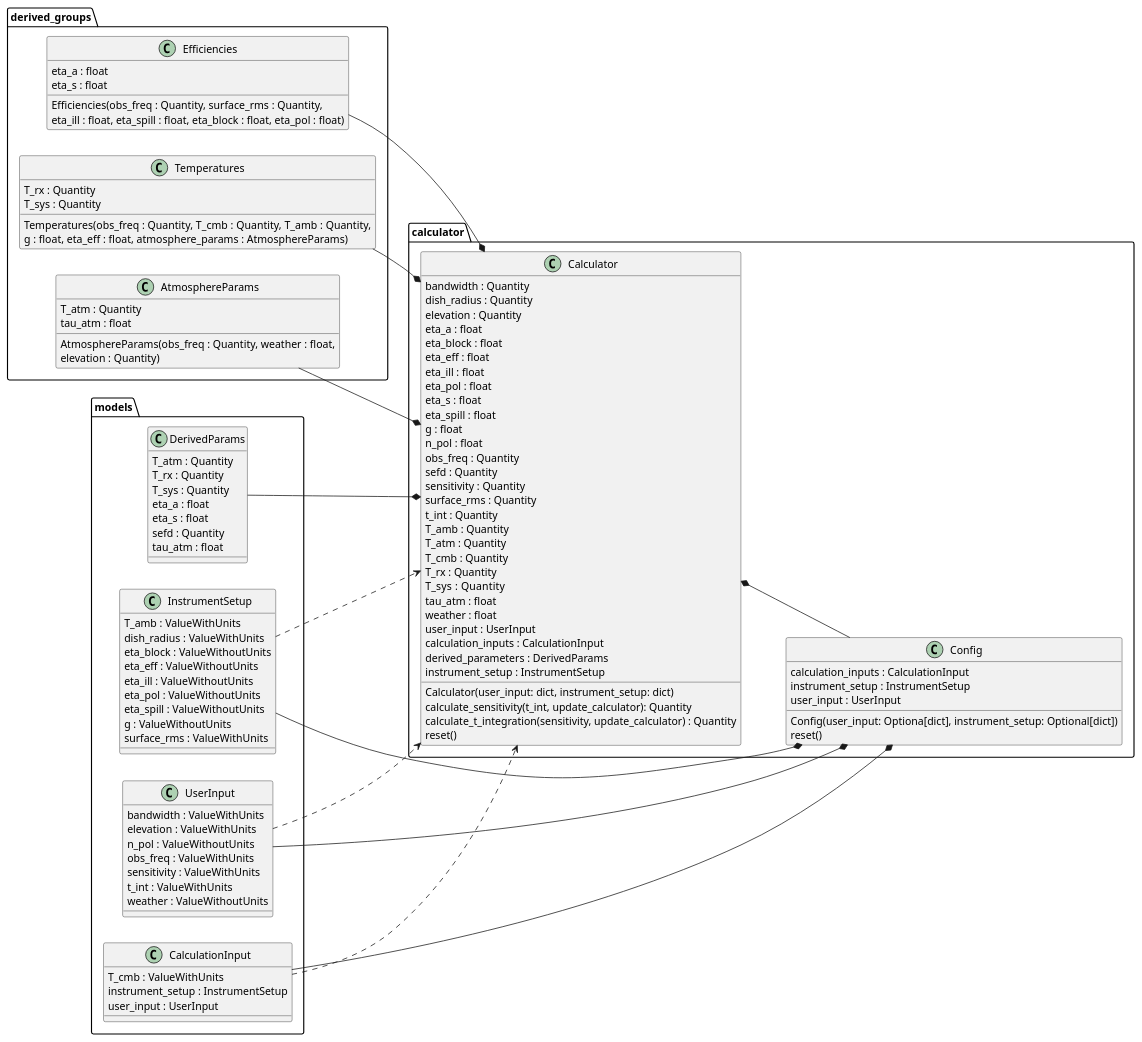
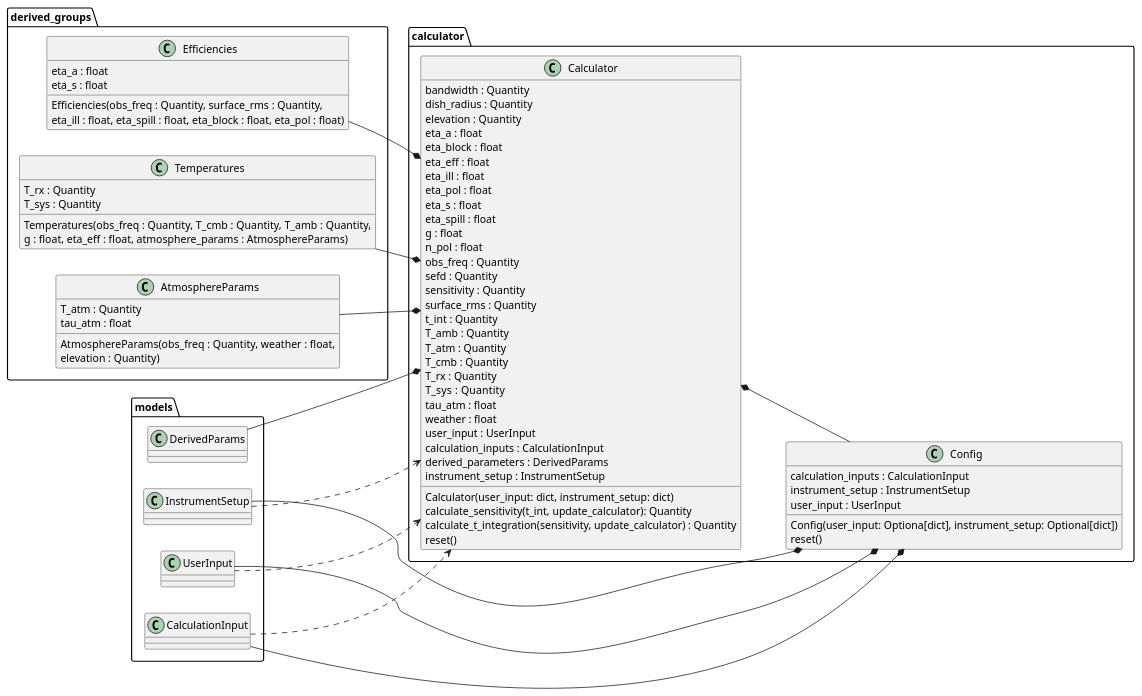
One commit to ukatc/AtLAST_sensitivity_calculator changed the diagram in docs/source/code_docs/calculator_uml.rst. Above: the diagram before and after it, drawn with PlantUML. The commit also changed 4 other files, not shown here.

Commit message:
Utils UML

```diff
--- a/docs/source/code_docs/calculator_uml.rst
+++ b/docs/source/code_docs/calculator_uml.rst
@@ -7,17 +7,11 @@
 
     left to right direction
 
-
     class "AtmosphereParams" as derived_groups.AtmosphereParams {
       T_atm : Quantity
       tau_atm : float
       AtmosphereParams(obs_freq : Quantity, weather : float,
       elevation : Quantity)
-    }
-    class "CalculationInput" as models.CalculationInput {
-      T_cmb : ValueWithUnits
-      instrument_setup : InstrumentSetup
-      user_input : UserInput
     }
     class "Calculator" as calculator.Calculator {
       bandwidth : Quantity
@@ -60,46 +54,17 @@
       Config(user_input: Optiona[dict], instrument_setup: Optional[dict])
       reset()
     }
-    class "DerivedParams" as models.DerivedParams {
-      T_atm : Quantity
-      T_rx : Quantity
-      T_sys : Quantity
-      eta_a : float
-      eta_s : float
-      sefd : Quantity
-      tau_atm : float
-    }
     class "Efficiencies" as derived_groups.Efficiencies {
       eta_a : float
       eta_s : float
       Efficiencies(obs_freq : Quantity, surface_rms : Quantity,
       eta_ill : float, eta_spill : float, eta_block : float, eta_pol : float)
     }
-    class "InstrumentSetup" as models.InstrumentSetup {
-      T_amb : ValueWithUnits
-      dish_radius : ValueWithUnits
-      eta_block : ValueWithoutUnits
-      eta_eff : ValueWithoutUnits
-      eta_ill : ValueWithoutUnits
-      eta_pol : ValueWithoutUnits
-      eta_spill : ValueWithoutUnits
-      g : ValueWithoutUnits
-      surface_rms : ValueWithUnits
-    }
     class "Temperatures" as derived_groups.Temperatures {
       T_rx : Quantity
       T_sys : Quantity
       Temperatures(obs_freq : Quantity, T_cmb : Quantity, T_amb : Quantity,
       g : float, eta_eff : float, atmosphere_params : AtmosphereParams)
-    }
-    class "UserInput" as models.UserInput {
-      bandwidth : ValueWithUnits
-      elevation : ValueWithUnits
-      n_pol : ValueWithoutUnits
-      obs_freq : ValueWithUnits
-      sensitivity : ValueWithUnits
-      t_int : ValueWithUnits
-      weather : ValueWithoutUnits
     }
     derived_groups.Efficiencies --* calculator.Calculator
     derived_groups.Temperatures --* calculator.Calculator
```
